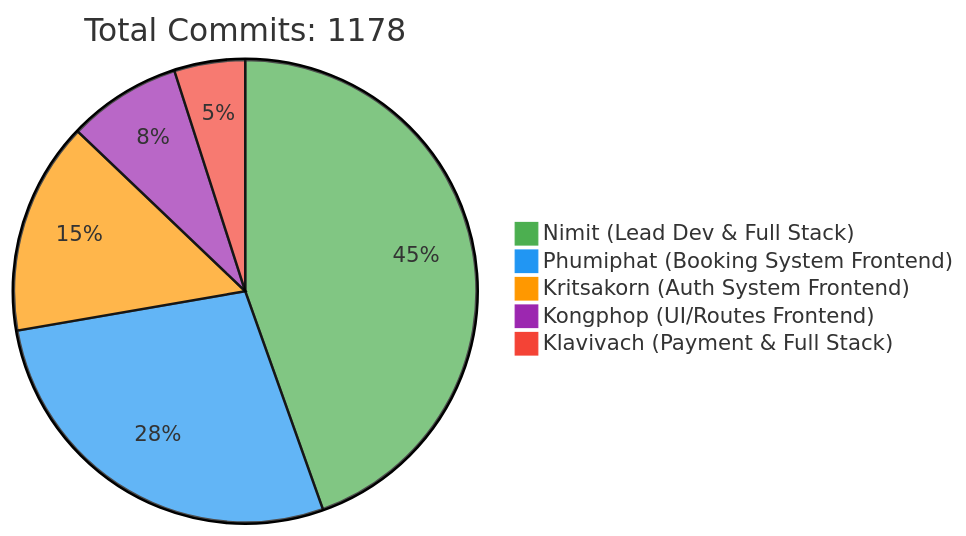
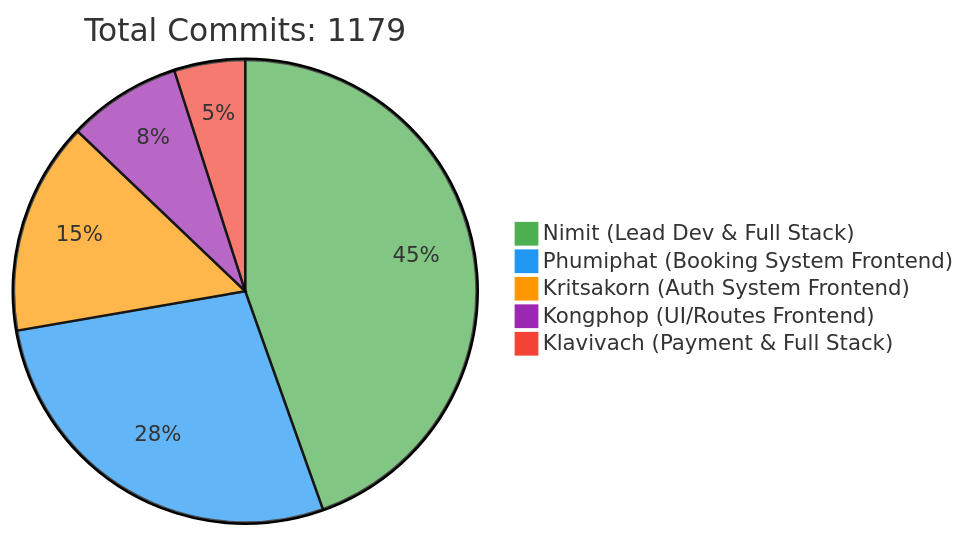
Before and after one commit to 6531503042/Sport-Complex: the first of 2 diagrams in README.md, drawn with Mermaid. The commit also changed other lines of this file, not shown here.

Commit message:
docs: Update contributor statistics [skip ci]

````diff
--- a/README.md
+++ b/README.md
@@ -257,10 +257,10 @@
 ```mermaid
 %%{init: {'theme': 'base', 'themeVariables': { 'pie1': '#4CAF50', 'pie2': '#2196F3', 'pie3': '#FF9800', 'pie4': '#9C27B0', 'pie5': '#F44336'}}}%%
 pie
-    title Total Commits: 1178
+    title Total Commits: 1179
     "Nimit (Lead Dev & Full Stack)" : 450
     "Phumiphat (Booking System Frontend)" : 280
     "Kritsakorn (Auth System Frontend)" : 150
     "Kongphop (UI/Routes Frontend)" : 80
     "Klavivach (Payment & Full Stack)" : 50
 ```
````
